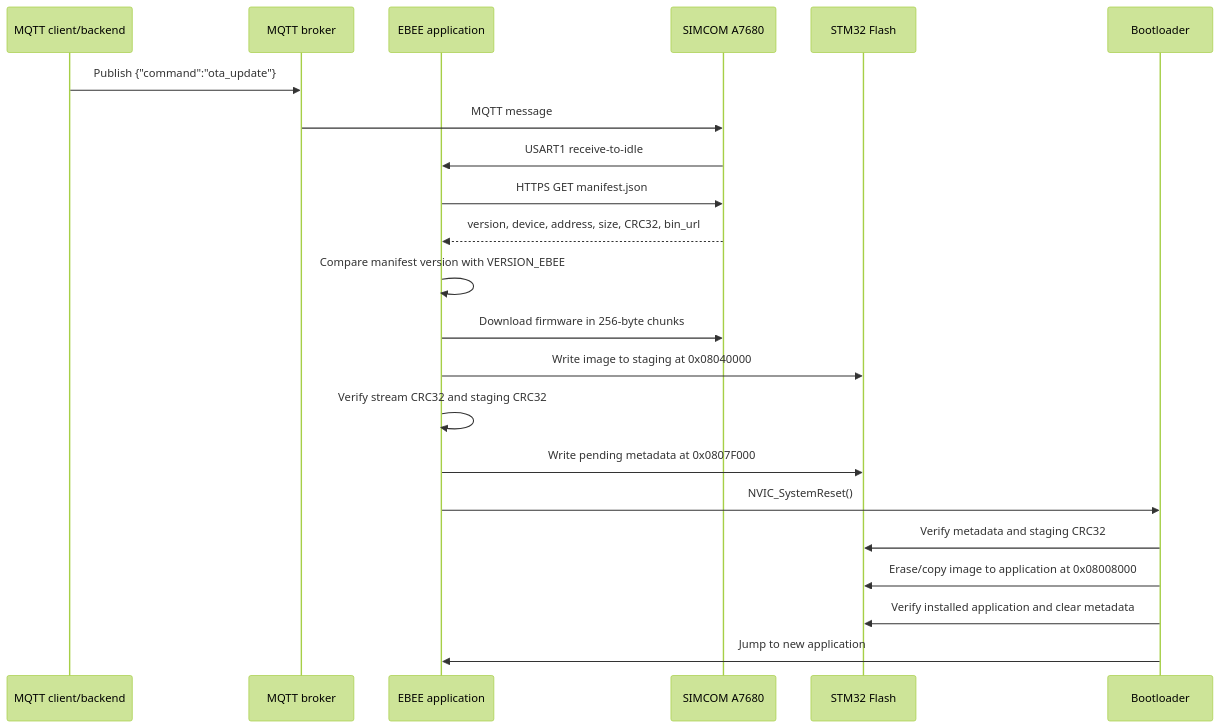
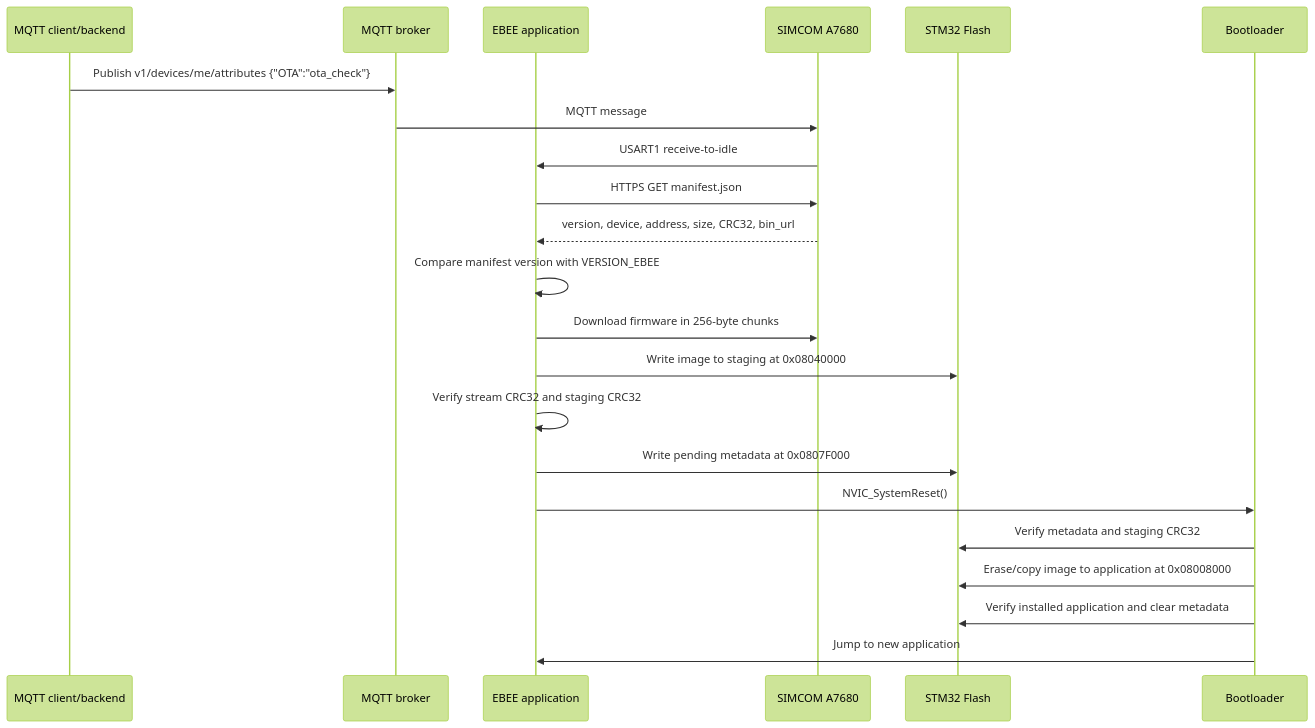
The diagram in OTA.md (kenhkythuat/ebee_vnpt_green), drawn with Mermaid (forest theme) before and after one commit. The commit also changed other lines of this file and 3 other files, not shown here.

````diff
--- a/OTA.md
+++ b/OTA.md
@@ -11,25 +11,25 @@
 ```mermaid
 sequenceDiagram
     participant Server as MQTT client/backend
     participant Broker as MQTT broker
     participant EBEE as EBEE application
     participant SIMCOM as SIMCOM A7680
     participant Flash as STM32 Flash
     participant Boot as Bootloader
 
-    Server->>Broker: Publish {"command":"ota_update"}
+    Server->>Broker: Publish v1/devices/me/attributes {"OTA":"ota_check"}
     Broker->>SIMCOM: MQTT message
     SIMCOM->>EBEE: USART1 receive-to-idle
     EBEE->>SIMCOM: HTTPS GET manifest.json
     SIMCOM-->>EBEE: version, device, address, size, CRC32, bin_url
     EBEE->>EBEE: Compare manifest version with VERSION_EBEE
     EBEE->>SIMCOM: Download firmware in 256-byte chunks
     EBEE->>Flash: Write image to staging at 0x08040000
     EBEE->>EBEE: Verify stream CRC32 and staging CRC32
     EBEE->>Flash: Write pending metadata at 0x0807F000
     EBEE->>Boot: NVIC_SystemReset()
     Boot->>Flash: Verify metadata and staging CRC32
     Boot->>Flash: Erase/copy image to application at 0x08008000
     Boot->>Flash: Verify installed application and clear metadata
     Boot->>EBEE: Jump to new application
 ```
````
